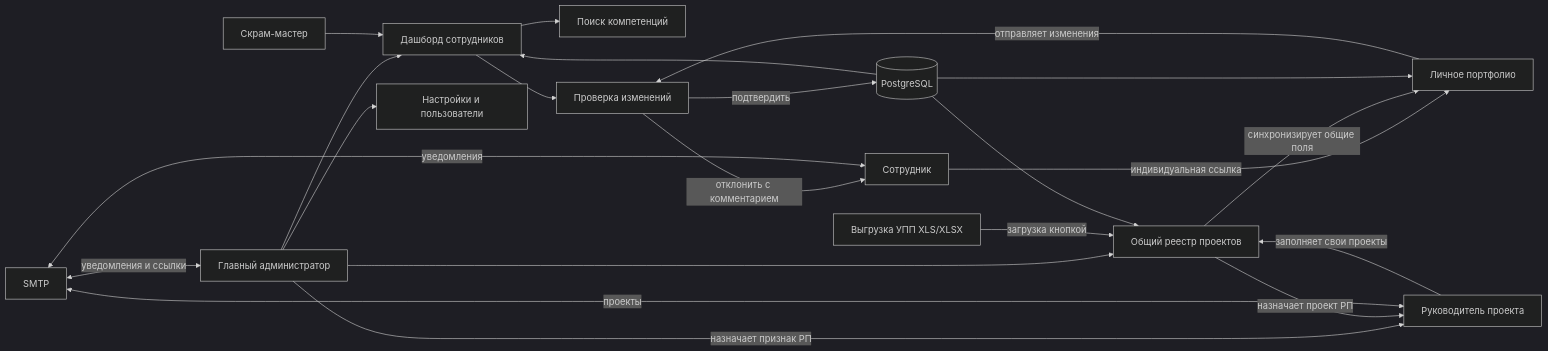
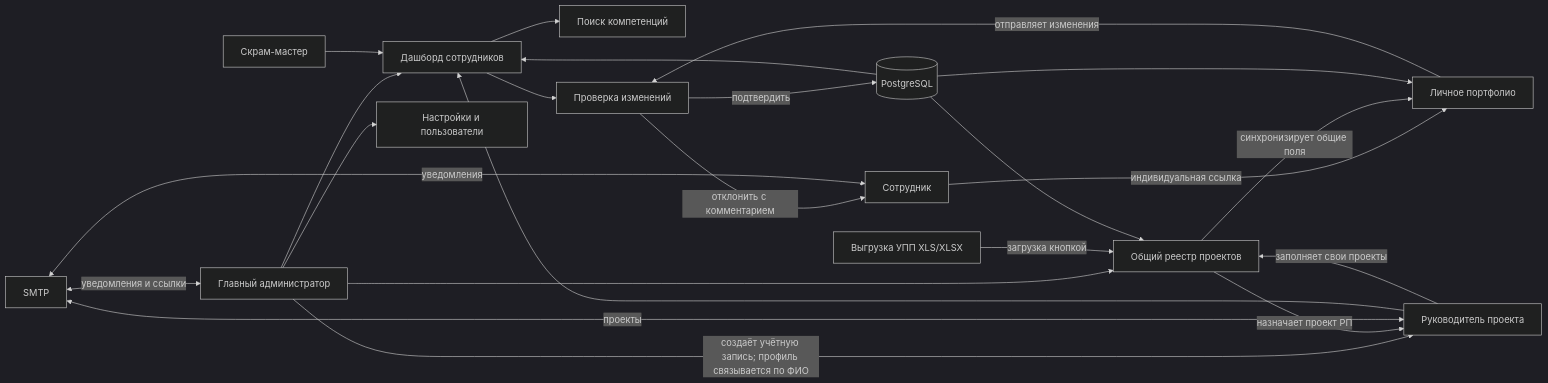
One commit to Krilkalli/portfolioweb changed the first of 5 diagrams in SETUP.md. Above: the diagram before and after it, drawn with Mermaid (dark theme). The commit also changed other lines of this file and 17 other files, not shown here.

````diff
--- a/SETUP.md
+++ b/SETUP.md
@@ -95,27 +95,28 @@
 ```mermaid
 flowchart LR
     ADMIN[Главный администратор] --> DASH[Дашборд сотрудников]
     SCRUM[Скрам-мастер] --> DASH
+    RP[Руководитель проекта] --> DASH
     DASH --> SEARCH[Поиск компетенций]
     DASH --> REVIEW[Проверка изменений]
     ADMIN --> PROJECTS[Общий реестр проектов]
     ADMIN --> SETTINGS[Настройки и пользователи]
 
     EMP[Сотрудник] -->|индивидуальная ссылка| FORM[Личное портфолио]
     FORM -->|отправляет изменения| REVIEW
     REVIEW -->|подтвердить| DB[(PostgreSQL)]
     REVIEW -->|отклонить с комментарием| EMP
 
-    ADMIN -->|назначает признак РП| RP[Руководитель проекта]
+    ADMIN -->|создаёт учётную запись; профиль связывается по ФИО| RP
     PROJECTS -->|назначает проект РП| RP
     RP -->|заполняет свои проекты| PROJECTS
     PROJECTS -->|синхронизирует общие поля| FORM
 
     UPP[Выгрузка УПП XLS/XLSX] -->|загрузка кнопкой| PROJECTS
     DB --> DASH
     DB --> PROJECTS
     DB --> FORM
     MAIL[SMTP] <-->|уведомления и ссылки| ADMIN
     MAIL <-->|уведомления| EMP
     MAIL <-->|проекты| RP
 ```
````
